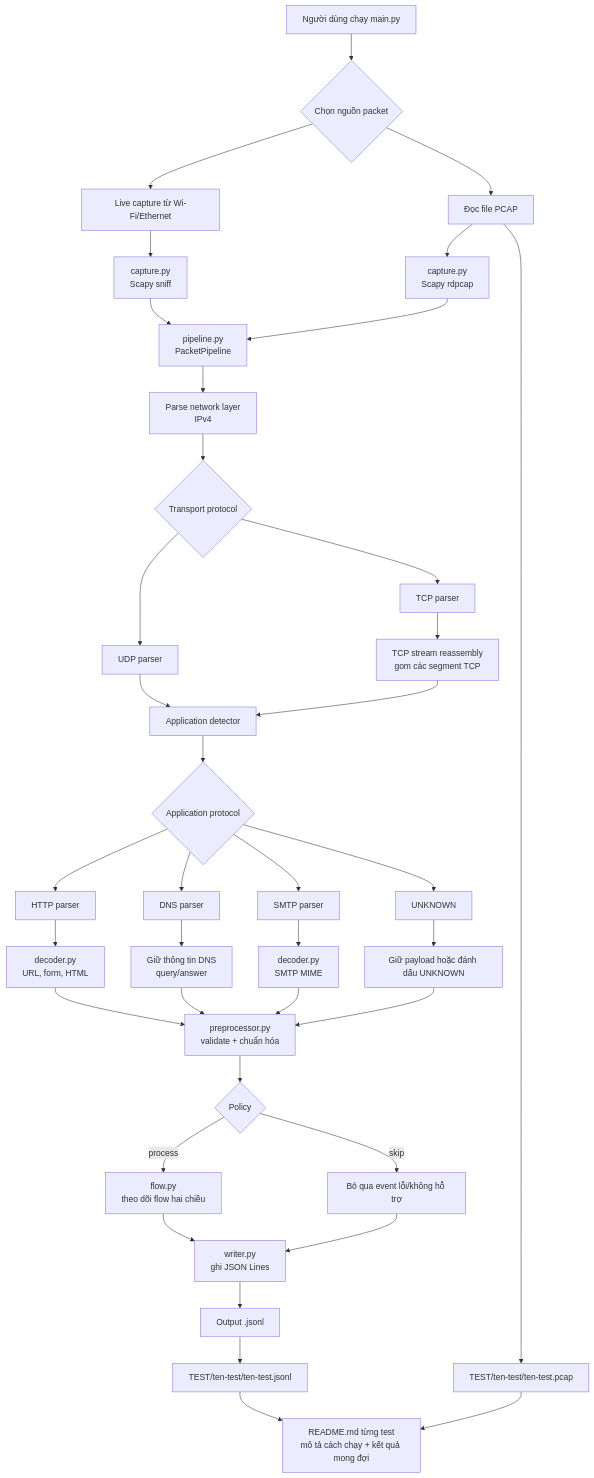
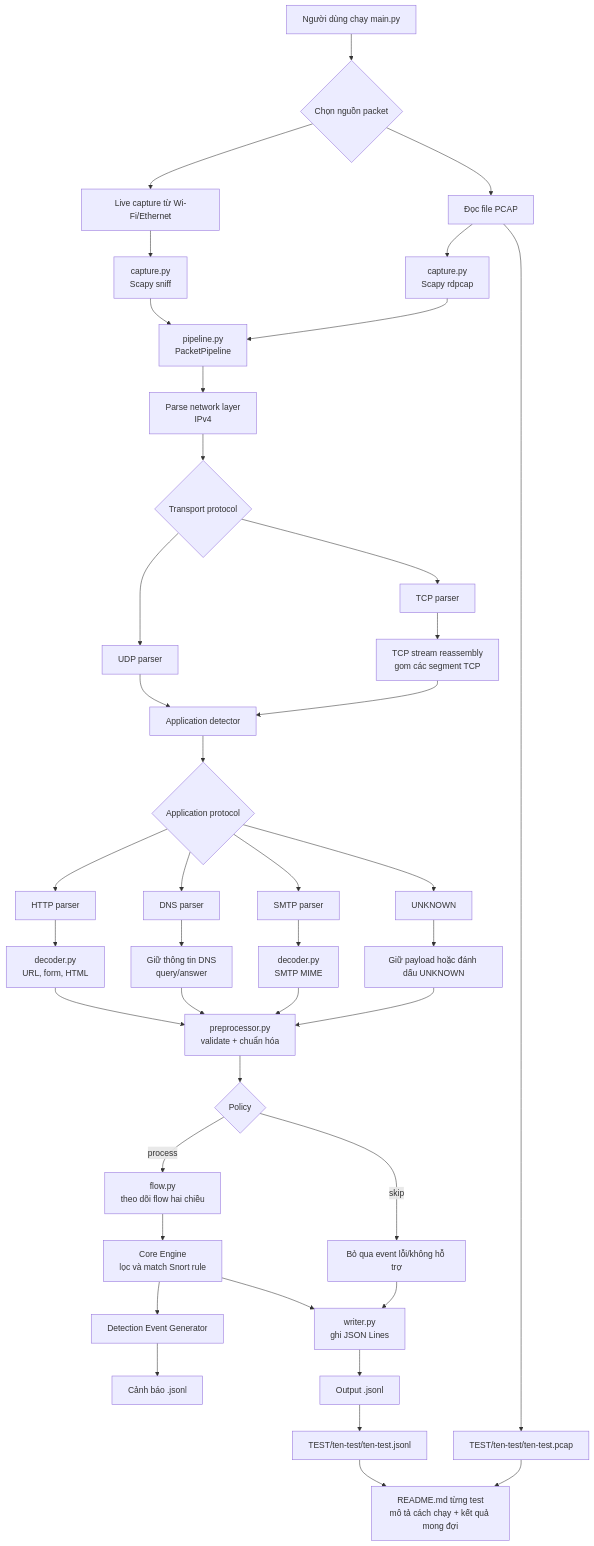
One commit to ComGa999ms/NT204.R11.ANTN_NguyenDangKhoa_24520825 changed the diagram in README.md. Above: the diagram before and after it, drawn with Mermaid. The commit also changed other lines of this file and 4 other files, not shown here.

````diff
--- a/README.md
+++ b/README.md
@@ -34,47 +35,50 @@
 ```mermaid
 flowchart TD
     A["Người dùng chạy main.py"] --> B{"Chọn nguồn packet"}
     B --> C["Live capture từ Wi-Fi/Ethernet"]
     B --> D["Đọc file PCAP"]
     C --> E["capture.py<br/>Scapy sniff"]
     D --> F["capture.py<br/>Scapy rdpcap"]
     E --> G["pipeline.py<br/>PacketPipeline"]
     F --> G
 
     G --> H["Parse network layer<br/>IPv4"]
     H --> I{"Transport protocol"}
     I --> J["TCP parser"]
     I --> K["UDP parser"]
 
     J --> L["TCP stream reassembly<br/>gom các segment TCP"]
     K --> M["Application detector"]
     L --> M
 
     M --> N{"Application protocol"}
     N --> O["HTTP parser"]
     N --> P["DNS parser"]
     N --> Q["SMTP parser"]
     N --> R["UNKNOWN"]
 
     O --> S["decoder.py<br/>URL, form, HTML"]
     P --> T["Giữ thông tin DNS<br/>query/answer"]
     Q --> U["decoder.py<br/>SMTP MIME"]
     R --> V["Giữ payload hoặc đánh dấu UNKNOWN"]
 
     S --> W["preprocessor.py<br/>validate + chuẩn hóa"]
     T --> W
     U --> W
     V --> W
 
     W --> X{"Policy"}
     X -->|process| Y["flow.py<br/>theo dõi flow hai chiều"]
     X -->|skip| Z["Bỏ qua event lỗi/không hỗ trợ"]
-    Y --> AA["writer.py<br/>ghi JSON Lines"]
+    Y --> RULE["Core Engine<br/>lọc và match Snort rule"]
+    RULE --> DET["Detection Event Generator"]
+    DET --> ALERT["Cảnh báo .jsonl"]
+    RULE --> AA["writer.py<br/>ghi JSON Lines"]
     Z --> AA
     AA --> AB["Output .jsonl"]
 
     AB --> AC["TEST/ten-test/ten-test.jsonl"]
     D --> AD["TEST/ten-test/ten-test.pcap"]
     AC --> AE["README.md từng test<br/>mô tả cách chạy + kết quả mong đợi"]
     AD --> AE
 ```
````
